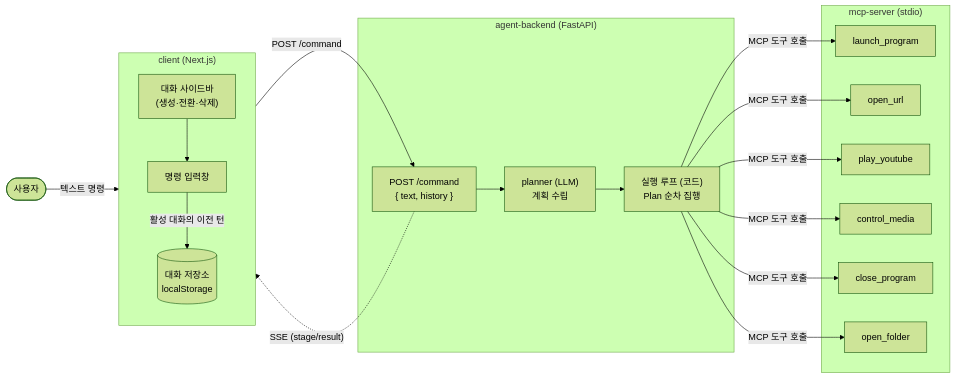
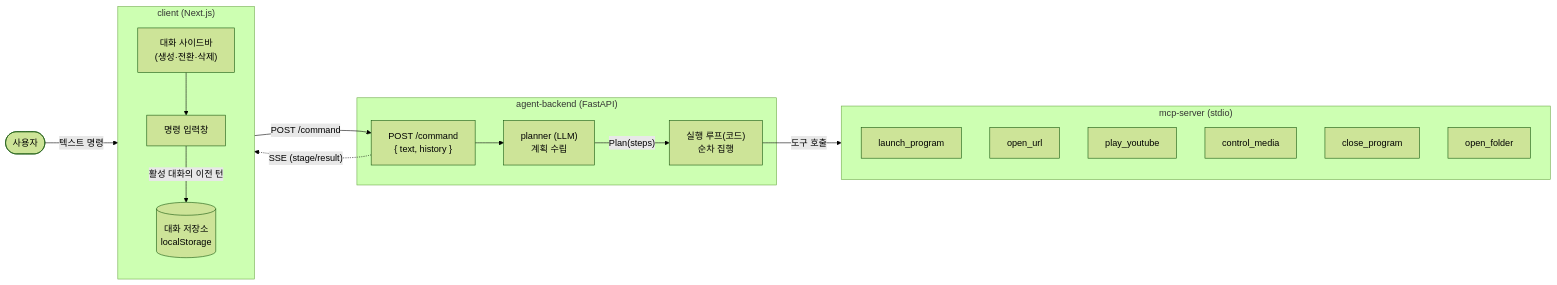
The diagram in README.md (InwooLeeme/mcp-assistant), drawn with Mermaid (forest theme) before and after one commit. The commit also changed other lines of this file, not shown here.

Commit message:
docs: README 아키텍처 다이어그램에 수정사항을 반영해서 수정

````diff
--- a/README.md
+++ b/README.md
@@ -18,32 +18,27 @@
 ```mermaid
 flowchart LR
     User(["사용자"]) -- "텍스트 명령" --> Client
 
     subgraph Client["client (Next.js)"]
         Sidebar["대화 사이드바\n(생성·전환·삭제)"] --> Form["명령 입력창"]
         Form -- "활성 대화의 이전 턴" --> Store[("대화 저장소\nlocalStorage")]
     end
 
     subgraph Backend["agent-backend (FastAPI)"]
         API["POST /command\n{ text, history }"] --> Planner["planner (LLM)\n계획 수립"]
-        Planner --> Runner["실행 루프 (코드)\nPlan 순차 집행"]
+        Planner -- "Plan(steps)" --> Runner["실행 루프(코드)\n순차 집행"]
     end
 
     subgraph MCP["mcp-server (stdio)"]
         LaunchProgram["launch_program"]
         OpenUrl["open_url"]
         PlayYoutube["play_youtube"]
         ControlMedia["control_media"]
         CloseProgram["close_program"]
         OpenFolder["open_folder"]
     end
 
     Client -- "POST /command" --> API
-    Runner -- "MCP 도구 호출" --> LaunchProgram
-    Runner -- "MCP 도구 호출" --> OpenUrl
-    Runner -- "MCP 도구 호출" --> PlayYoutube
-    Runner -- "MCP 도구 호출" --> ControlMedia
-    Runner -- "MCP 도구 호출" --> CloseProgram
-    Runner -- "MCP 도구 호출" --> OpenFolder
+    Runner -- "도구 호출" --> MCP
     API -. "SSE (stage/result)" .-> Client
 ```
````
